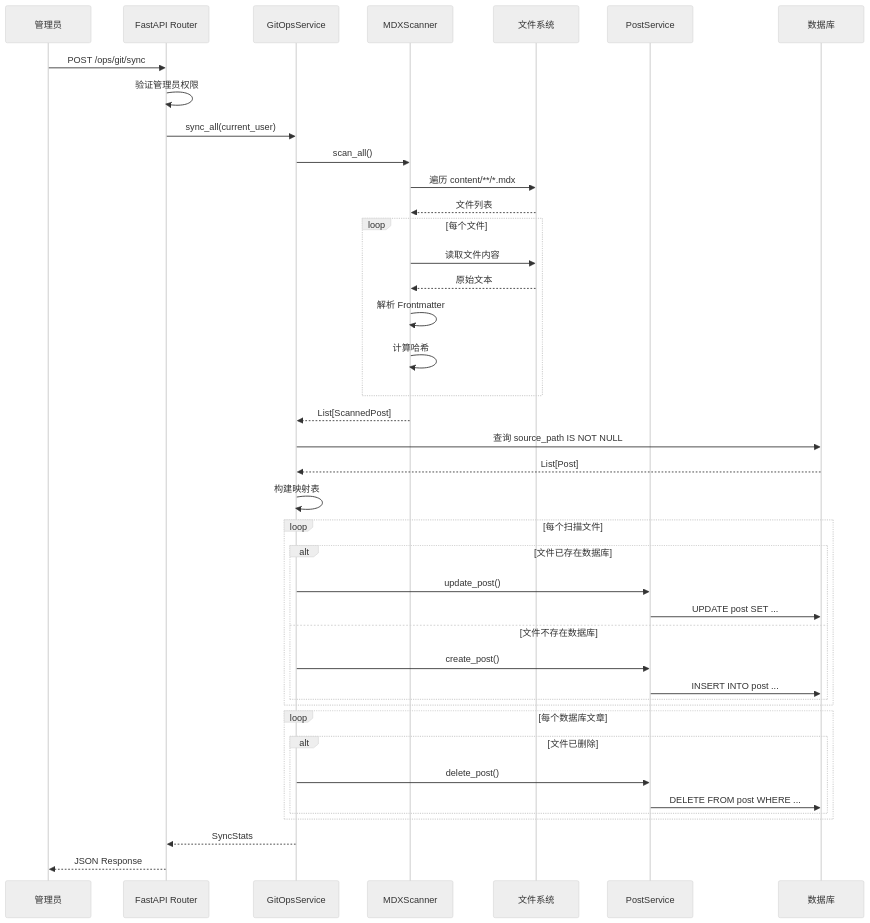
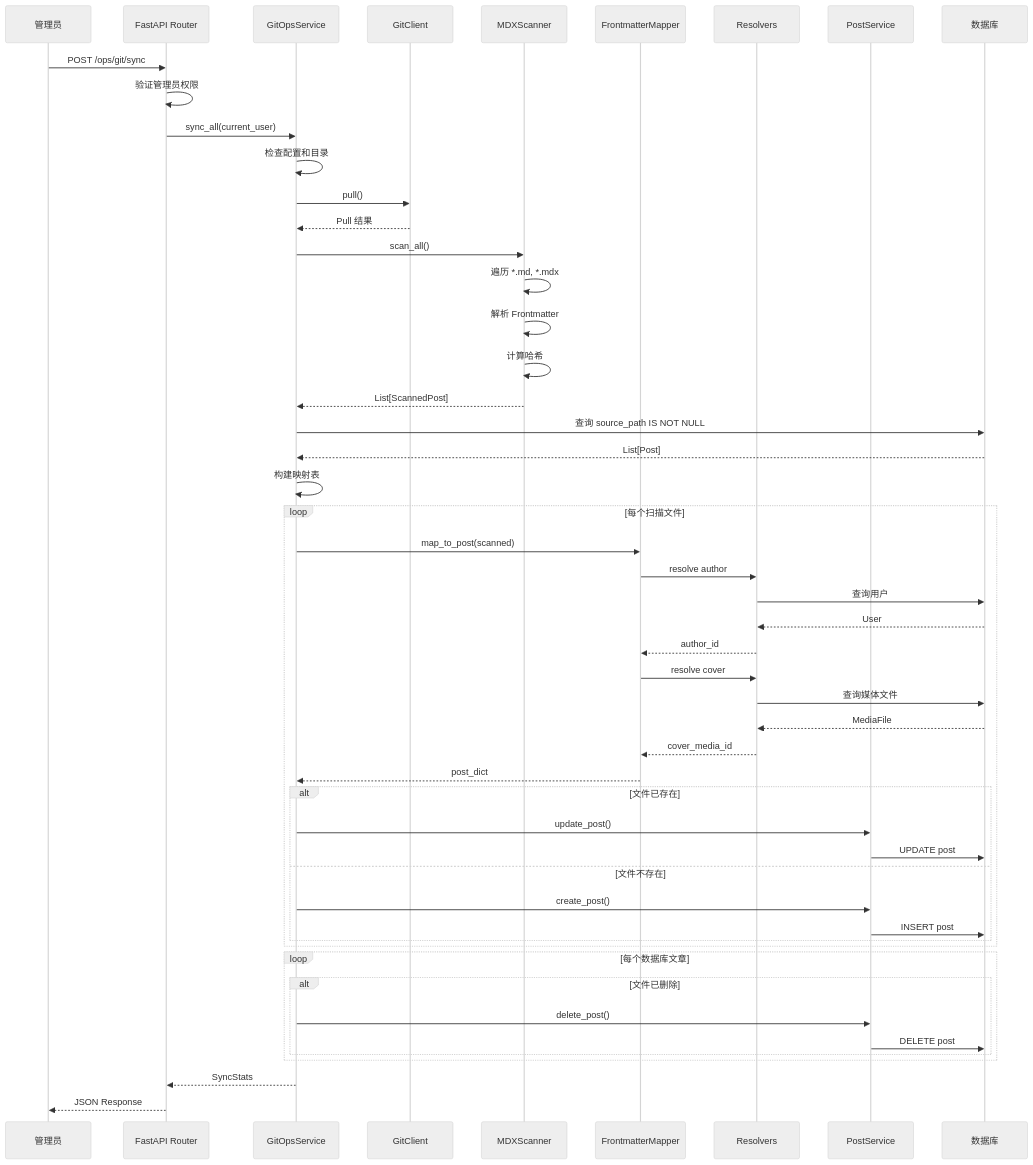
One commit to sumanin5/blog_fr changed the diagram in backend/app/git_ops/README.md. Above: the diagram before and after it, drawn with Mermaid (neutral theme). The commit also changed other lines of this file and 24 other files, not shown here.

````diff
--- a/backend/app/git_ops/README.md
+++ b/backend/app/git_ops/README.md
@@ -154,52 +746,64 @@
 ```mermaid
 sequenceDiagram
     participant Admin as 管理员
     participant API as FastAPI Router
     participant Service as GitOpsService
+    participant Git as GitClient
     participant Scanner as MDXScanner
-    participant FS as 文件系统
-    participant PostService as PostService
+    participant Mapper as FrontmatterMapper
+    participant Resolver as Resolvers
+    participant PostSvc as PostService
     participant DB as 数据库
 
     Admin->>API: POST /ops/git/sync
     API->>API: 验证管理员权限
     API->>Service: sync_all(current_user)
 
+    Service->>Service: 检查配置和目录
+    Service->>Git: pull()
+    Git-->>Service: Pull 结果
+
     Service->>Scanner: scan_all()
-    Scanner->>FS: 遍历 content/**/*.mdx
-    FS-->>Scanner: 文件列表
-
-    loop 每个文件
-        Scanner->>FS: 读取文件内容
-        FS-->>Scanner: 原始文本
-        Scanner->>Scanner: 解析 Frontmatter
-        Scanner->>Scanner: 计算哈希
-    end
-
+    Scanner->>Scanner: 遍历 *.md, *.mdx
+    Scanner->>Scanner: 解析 Frontmatter
+    Scanner->>Scanner: 计算哈希
     Scanner-->>Service: List[ScannedPost]
 
     Service->>DB: 查询 source_path IS NOT NULL
     DB-->>Service: List[Post]
 
     Service->>Service: 构建映射表
 
     loop 每个扫描文件
-        alt 文件已存在数据库
-            Service->>PostService: update_post()
-            PostService->>DB: UPDATE post SET ...
-        else 文件不存在数据库
-            Service->>PostService: create_post()
-            PostService->>DB: INSERT INTO post ...
+        Service->>Mapper: map_to_post(scanned)
+        Mapper->>Resolver: resolve author
+        Resolver->>DB: 查询用户
+        DB-->>Resolver: User
+        Resolver-->>Mapper: author_id
+
+        Mapper->>Resolver: resolve cover
+        Resolver->>DB: 查询媒体文件
+        DB-->>Resolver: MediaFile
+        Resolver-->>Mapper: cover_media_id
+
+        Mapper-->>Service: post_dict
+
+        alt 文件已存在
+            Service->>PostSvc: update_post()
+            PostSvc->>DB: UPDATE post
+        else 文件不存在
+            Service->>PostSvc: create_post()
+            PostSvc->>DB: INSERT post
         end
     end
 
     loop 每个数据库文章
         alt 文件已删除
-            Service->>PostService: delete_post()
-            PostService->>DB: DELETE FROM post WHERE ...
+            Service->>PostSvc: delete_post()
+            PostSvc->>DB: DELETE post
         end
     end
 
     Service-->>API: SyncStats
     API-->>Admin: JSON Response
 ```
````
